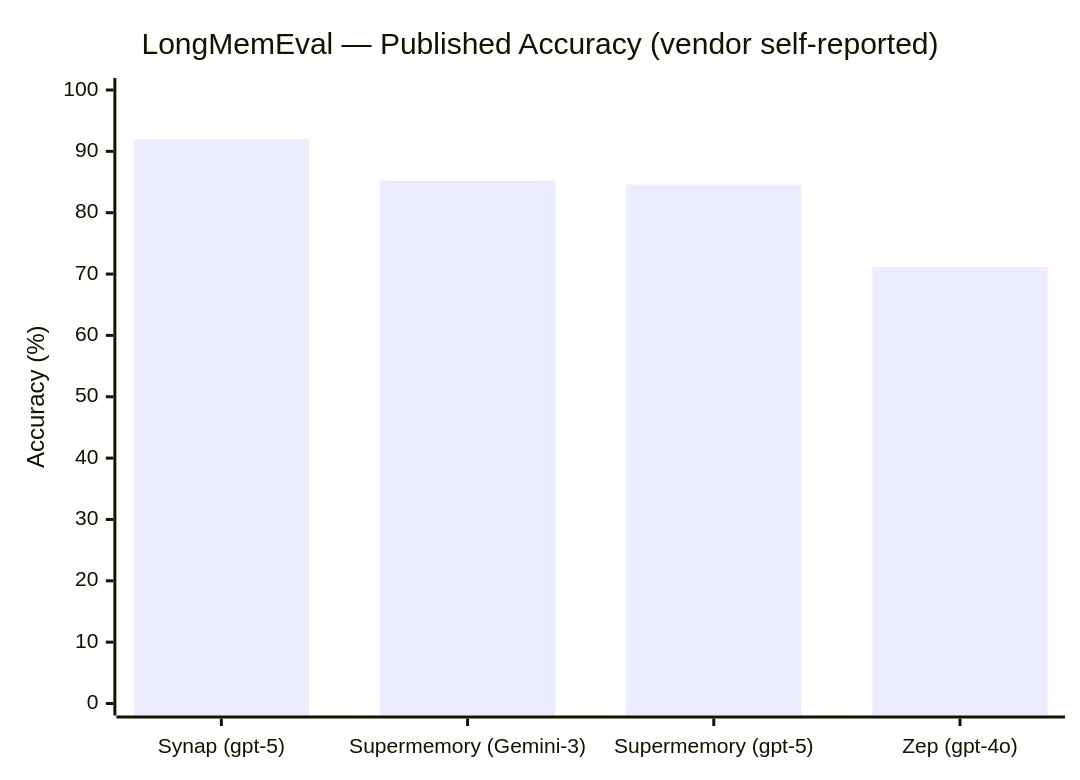
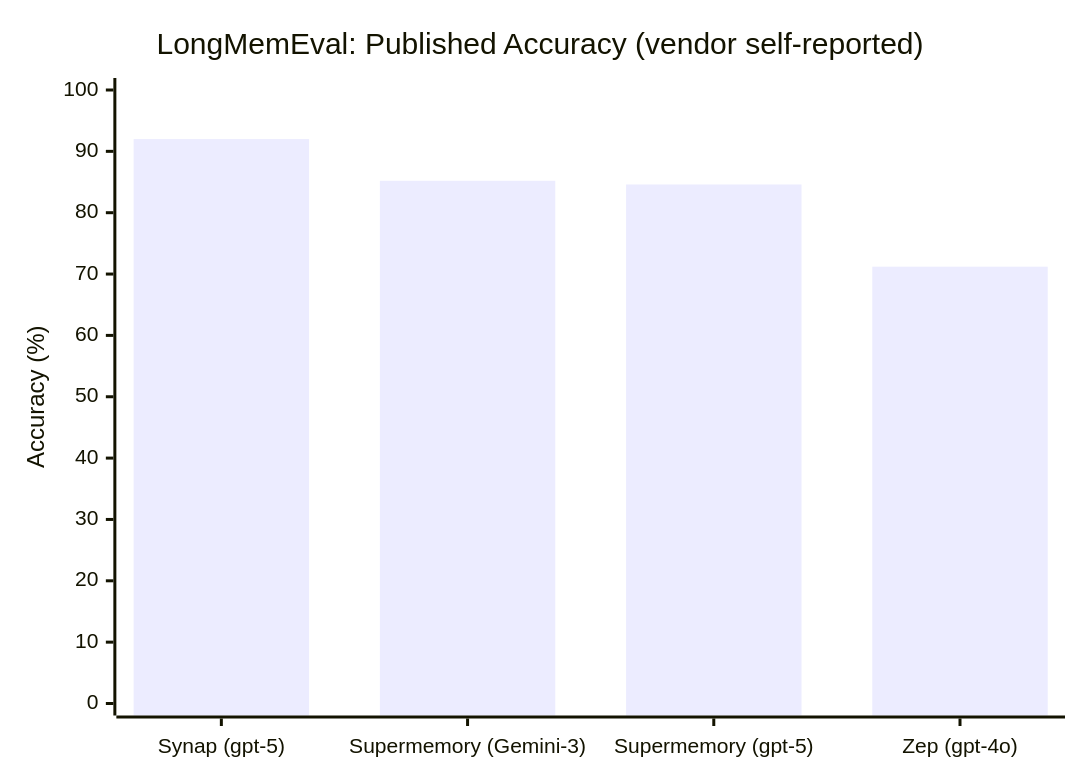
One commit to maximem-ai/eval_benchmark_runs_output changed the diagram in README.md. Above: the diagram before and after it, drawn with Mermaid. The commit also changed other lines of this file and 4 other files, not shown here.

````diff
--- a/README.md
+++ b/README.md
@@ -42,7 +42,7 @@
 ```mermaid
 xychart-beta
-    title "LongMemEval — Published Accuracy (vendor self-reported)"
+    title "LongMemEval: Published Accuracy (vendor self-reported)"
     x-axis ["Synap (gpt-5)", "Supermemory (Gemini-3)", "Supermemory (gpt-5)", "Zep (gpt-4o)"]
     y-axis "Accuracy (%)" 0 --> 100
     bar [92.0, 85.2, 84.6, 71.2]
 ```
````
